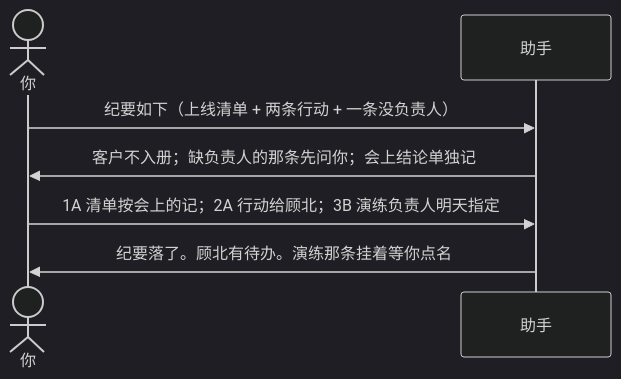
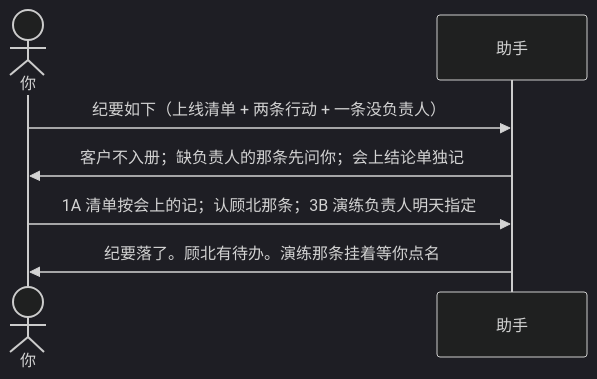
The first of 2 diagrams in examples/08-记会议纪要.md (qiusuo0226/chrono-pm-skill), drawn with Mermaid (dark theme) before and after one commit. The commit also changed other lines of this file and 14 other files, not shown here.

````diff
--- a/examples/08-记会议纪要.md
+++ b/examples/08-记会议纪要.md
@@ -11,10 +11,10 @@
 ```mermaid
 sequenceDiagram
     actor You as 你
     participant AI as 助手
 
     You->>AI: 纪要如下（上线清单 + 两条行动 + 一条没负责人）
     AI->>You: 客户不入册；缺负责人的那条先问你；会上结论单独记
-    You->>AI: 1A 清单按会上的记；2A 行动给顾北；3B 演练负责人明天指定
+    You->>AI: 1A 清单按会上的记；认顾北那条；3B 演练负责人明天指定
     AI->>You: 纪要落了。顾北有待办。演练那条挂着等你点名
 ```
````
